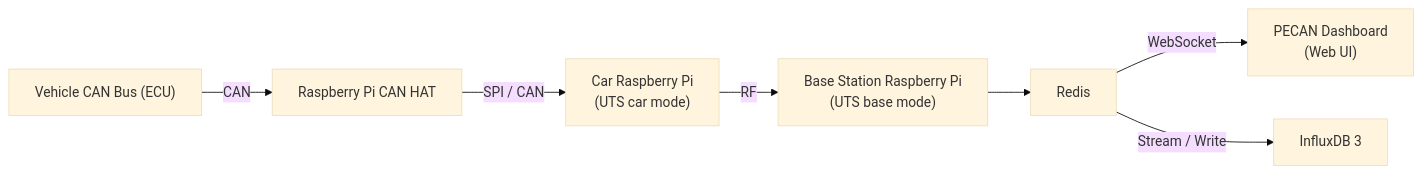
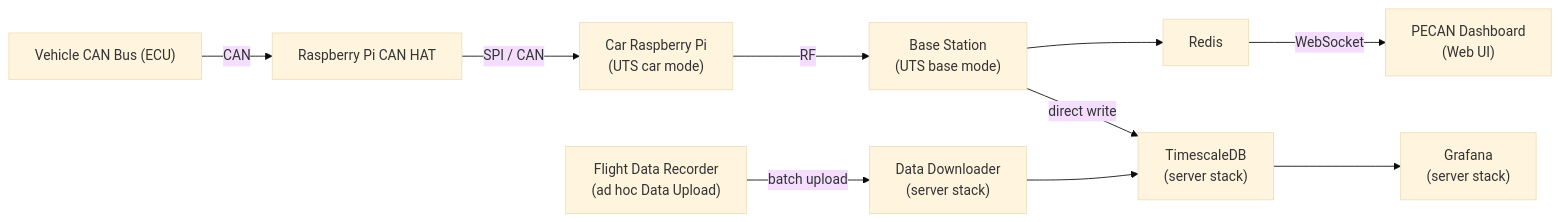
Before and after one commit to Western-Formula-Racing/data-acquisition: the diagram in README.md, drawn with Mermaid (base theme). The commit also changed other lines of this file, not shown here.

````diff
--- a/README.md
+++ b/README.md
@@ -22,20 +22,30 @@
 ```mermaid
 flowchart LR
     ECU["Vehicle CAN Bus (ECU)"]
     HAT["Raspberry Pi CAN HAT"]
     EDGE["Car Raspberry Pi
     (UTS car mode)"]
-    BASE["Base Station Raspberry Pi
+    BASE["Base Station
     (UTS base mode)"]
     REDIS["Redis"]
     DASH["PECAN Dashboard
     (Web UI)"]
-    INFLUX["InfluxDB 3"]
+    TIMESERIES["TimescaleDB
+    (server stack)"]
+    GRAFANA["Grafana
+    (server stack)"]
+    FLIGHTREC["Flight Data Recorder
+    (ad hoc Data Upload)"]
+    DOWNLOADER["Data Downloader
+    (server stack)"]
 
     ECU -->|CAN| HAT
     HAT -->|SPI / CAN| EDGE
     EDGE -->|RF| BASE
     BASE --> REDIS
     REDIS -->|WebSocket| DASH
-    REDIS -->|Stream / Write| INFLUX
+    BASE -->|direct write| TIMESERIES
+    TIMESERIES --> GRAFANA
+    FLIGHTREC -->|batch upload| DOWNLOADER
+    DOWNLOADER --> TIMESERIES
 ```
````
